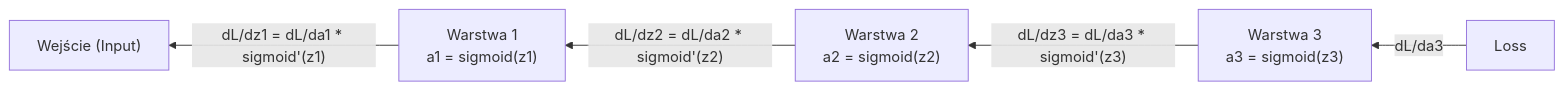
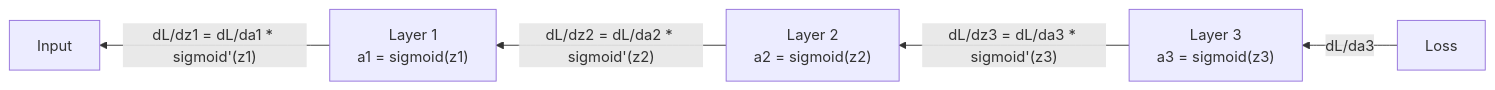
Before and after one commit to tarze07/LLM_Traning: the third of 3 diagrams in phases/03-deep-learning-core/03-backpropagation/docs/pl.md, drawn with Mermaid. The commit also changed other lines of this file, not shown here.

````diff
--- a/phases/03-deep-learning-core/03-backpropagation/docs/pl.md
+++ b/phases/03-deep-learning-core/03-backpropagation/docs/pl.md
@@ -79,7 +79,7 @@
 ```mermaid
 graph RL
-    L["Loss"] -- "dL/da3" --> L3["Warstwa 3\na3 = sigmoid(z3)"]
-    L3 -- "dL/dz3 = dL/da3 * sigmoid'(z3)" --> L2["Warstwa 2\na2 = sigmoid(z2)"]
-    L2 -- "dL/dz2 = dL/da2 * sigmoid'(z2)" --> L1["Warstwa 1\na1 = sigmoid(z1)"]
-    L1 -- "dL/dz1 = dL/da1 * sigmoid'(z1)" --> I["Wejście (Input)"]
+    L["Loss"] -- "dL/da3" --> L3["Layer 3\na3 = sigmoid(z3)"]
+    L3 -- "dL/dz3 = dL/da3 * sigmoid'(z3)" --> L2["Layer 2\na2 = sigmoid(z2)"]
+    L2 -- "dL/dz2 = dL/da2 * sigmoid'(z2)" --> L1["Layer 1\na1 = sigmoid(z1)"]
+    L1 -- "dL/dz1 = dL/da1 * sigmoid'(z1)" --> I["Input"]
 ```
````
